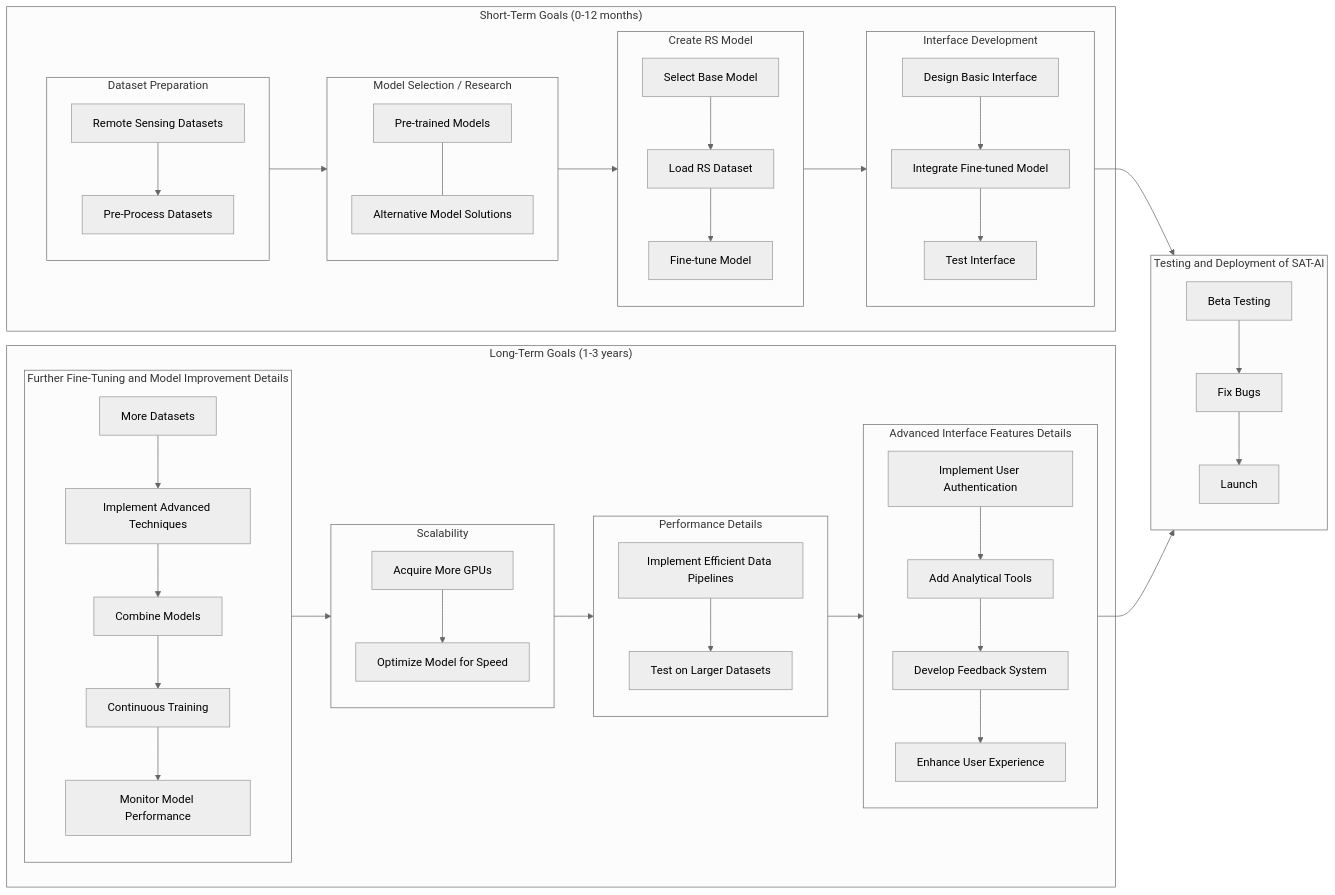
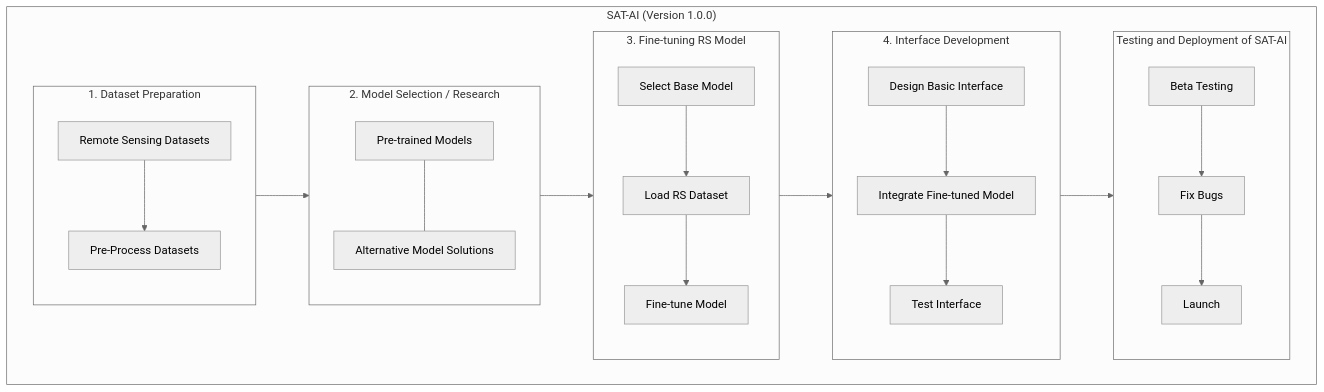
Before and after one commit to KannanThuvakaran/SAT-AI: the diagram in SAT-AI_Roadmap.md, drawn with Mermaid. The commit also changed 1 other file, not shown here.

Commit message:
remove EarthVQA and update roadmap

````diff
--- a/SAT-AI_Roadmap.md
+++ b/SAT-AI_Roadmap.md
@@ -8,75 +8,37 @@
 
 flowchart LR
 
-    subgraph Short-Term Goals["Short-Term Goals (0-12 months)"]
+    subgraph "SAT-AI (Version 1.0.0)"
+    direction LRR
         A[Dataset Preparation] --> B[Model Selection and Exploration]
         B --> C[Model Fine-Tuning]
         C --> D[Interface Development]
-       
+        D --> J[Testing and Deployment]
+
     end
 
-    subgraph Long-Term Goals["Long-Term Goals (1-3 years)"]
-        F[Further Fine-Tuning and Model Improvement] --> G[Scalability]
-        G --> H[Perfomance]
-        H --> I[Advanced Interface Features Details]
-        
-    end
-
-    D --> J[Testing and Deployment]
-    I --> J
-
     %% Dataset Acquisition and Preparation Details
-    subgraph A[Dataset Preparation]
+    subgraph A[1. Dataset Preparation]
         A1[Remote Sensing Datasets] --> A2[Pre-Process Datasets]
     end
 
     %% Model Selection and Exploration Details
-    subgraph B[Model Selection / Research]
+    subgraph B[2. Model Selection / Research]
         B1[Pre-trained Models] ---
         B2[Alternative Model Solutions]
     end
 
     %% Model Fine-Tuning Details
-    subgraph C[Create RS Model]
+    subgraph C[3. Fine-tuning RS Model]
         C1[Select Base Model] --> C2[Load RS Dataset]
         C2 --> C3[Fine-tune Model]
     end
 
     %% Interface Development Details
-    subgraph D[Interface Development]
+    subgraph D[4. Interface Development]
         D1[Design Basic Interface] 
         D1 --> D2[Integrate Fine-tuned Model]
         D2 --> D3[Test Interface]
-    end
-
-
-    %% Advanced Fine-Tuning and Model Improvement Details
-    subgraph F[Further Fine-Tuning and Model Improvement Details]
-        direction TB
-        F1[More Datasets] --> F2[Implement Advanced Techniques]
-        F2 --> F3[Combine Models]
-        F3 --> F4[Continuous Training]
-        F4 --> F5[Monitor Model Performance]
-    end
-
-    %% Scalability Details
-    subgraph G[Scalability]
-        direction TB
-        G1[Acquire More GPUs] --> G2[Optimize Model for Speed]
-    end
-
-    %% Performance Details
-    subgraph H[Performance Details]
-        direction TB
-        H1[Implement Efficient Data Pipelines] --> H2[Test on Larger Datasets]
-    end
-
-    %% Advanced Interface Features Details
-    subgraph I[Advanced Interface Features Details]
-        direction TB
-        I1[Implement User Authentication] --> I2[Add Analytical Tools]
-        I2 --> I3[Develop Feedback System]
-        I3 --> I4[Enhance User Experience]
     end
 
     %% Testing and Deployment Details
@@ -84,5 +46,6 @@
         J1[Beta Testing] --> J3[Fix Bugs]
         J3 --> J5[Launch]
     end
-
+    
+    
 ```
````
